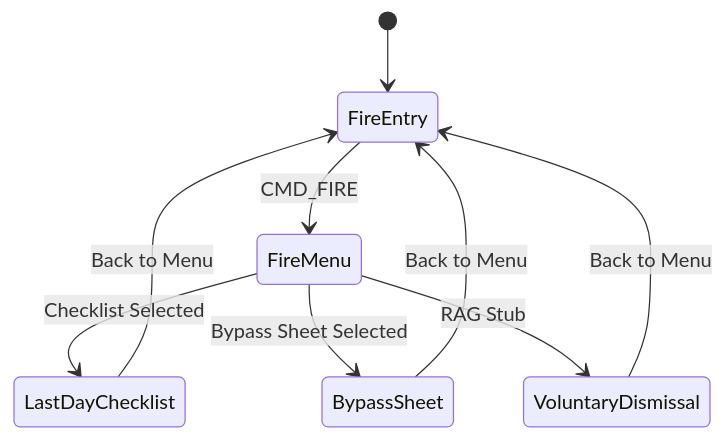
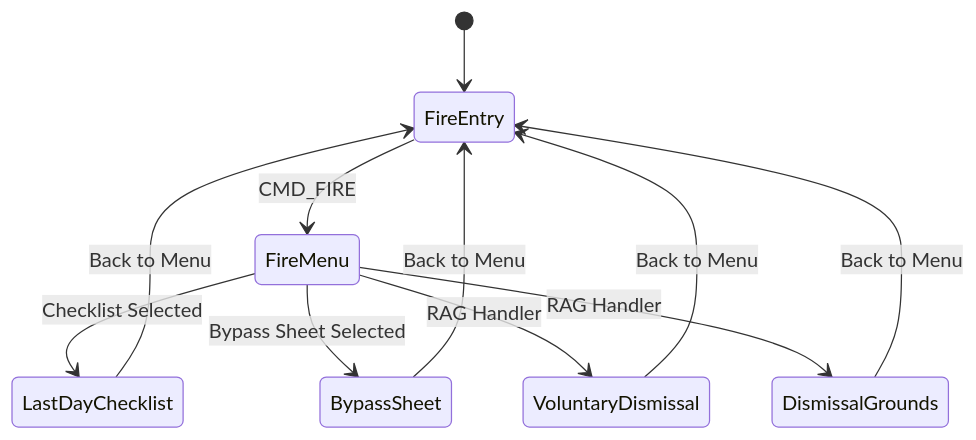
Before and after one commit to ognelis/cafetera_hr_bot: the fourth of 7 diagrams in .qoder/repowiki/en/content/Handler System/Sections Handler.md, drawn with Mermaid. The commit also changed other lines of this file and 16 other files, not shown here.

````diff
--- a/.qoder/repowiki/en/content/Handler System/Sections Handler.md
+++ b/.qoder/repowiki/en/content/Handler System/Sections Handler.md
@@ -236,11 +225,13 @@
 ```mermaid
 stateDiagram-v2
 [*] --> FireEntry
 FireEntry --> FireMenu : CMD_FIRE
 FireMenu --> LastDayChecklist : Checklist Selected
 FireMenu --> BypassSheet : Bypass Sheet Selected
-FireMenu --> VoluntaryDismissal : RAG Stub
+FireMenu --> VoluntaryDismissal : RAG Handler
+FireMenu --> DismissalGrounds : RAG Handler
 LastDayChecklist --> FireEntry : Back to Menu
 BypassSheet --> FireEntry : Back to Menu
 VoluntaryDismissal --> FireEntry : Back to Menu
+DismissalGrounds --> FireEntry : Back to Menu
 ```
````
